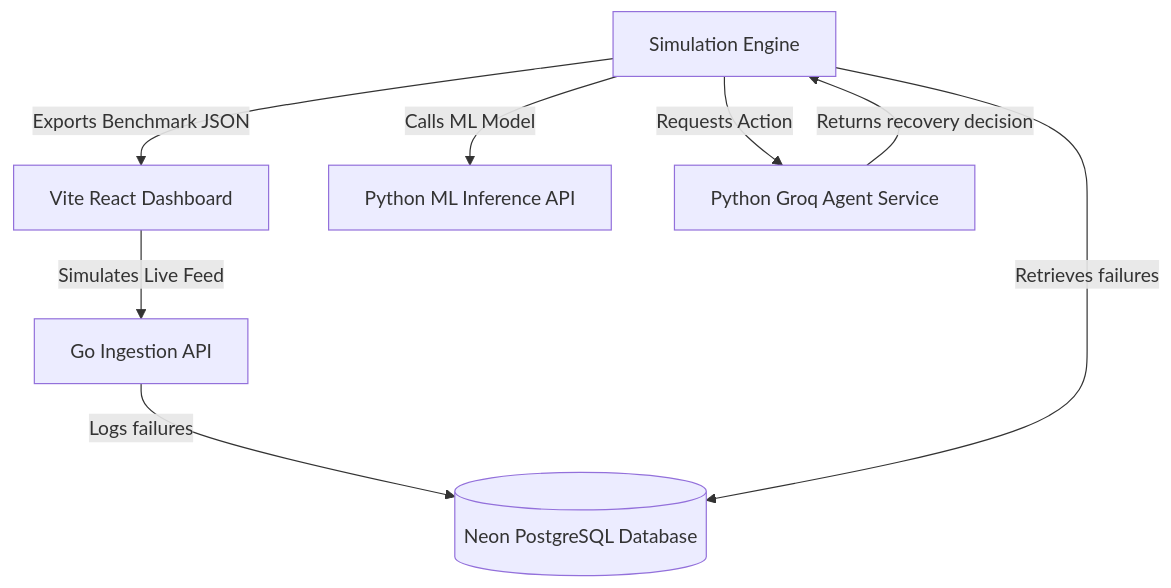
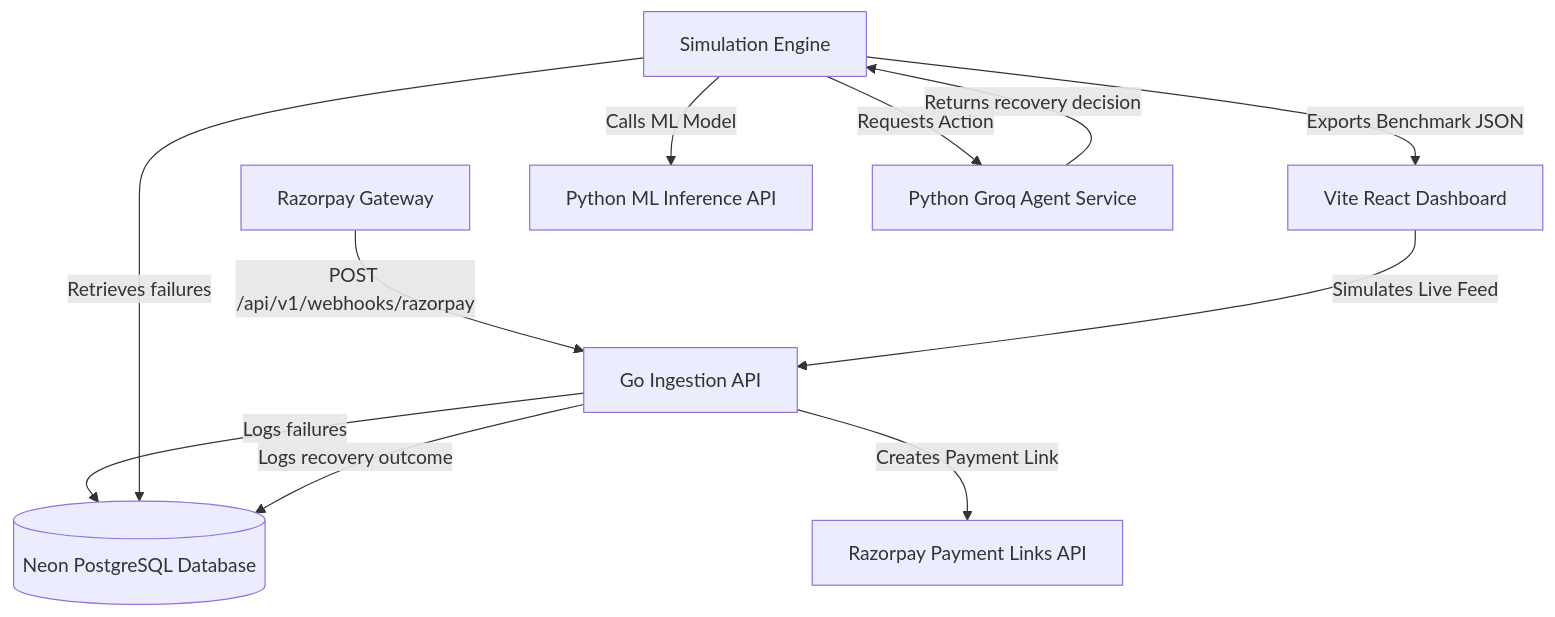
Before and after one commit to NitheeshP19/AI-Revenue-recovery-Engine: the diagram in README.md, drawn with Mermaid. The commit also changed other lines of this file and 22 other files, not shown here.

````diff
--- a/README.md
+++ b/README.md
@@ -13,10 +18,13 @@
 ```mermaid
 graph TD
+    RZ[Razorpay Gateway] -->|POST /api/v1/webhooks/razorpay| B
     A[Vite React Dashboard] -->|Simulates Live Feed| B[Go Ingestion API]
     B -->|Logs failures| C[(Neon PostgreSQL Database)]
     D[Simulation Engine] -->|Retrieves failures| C
     D -->|Calls ML Model| E[Python ML Inference API]
     D -->|Requests Action| F[Python Groq Agent Service]
     F -->|Returns recovery decision| D
     D -->|Exports Benchmark JSON| A
+    B -->|Creates Payment Link| RZ2[Razorpay Payment Links API]
+    B -->|Logs recovery outcome| C
 ```
````
